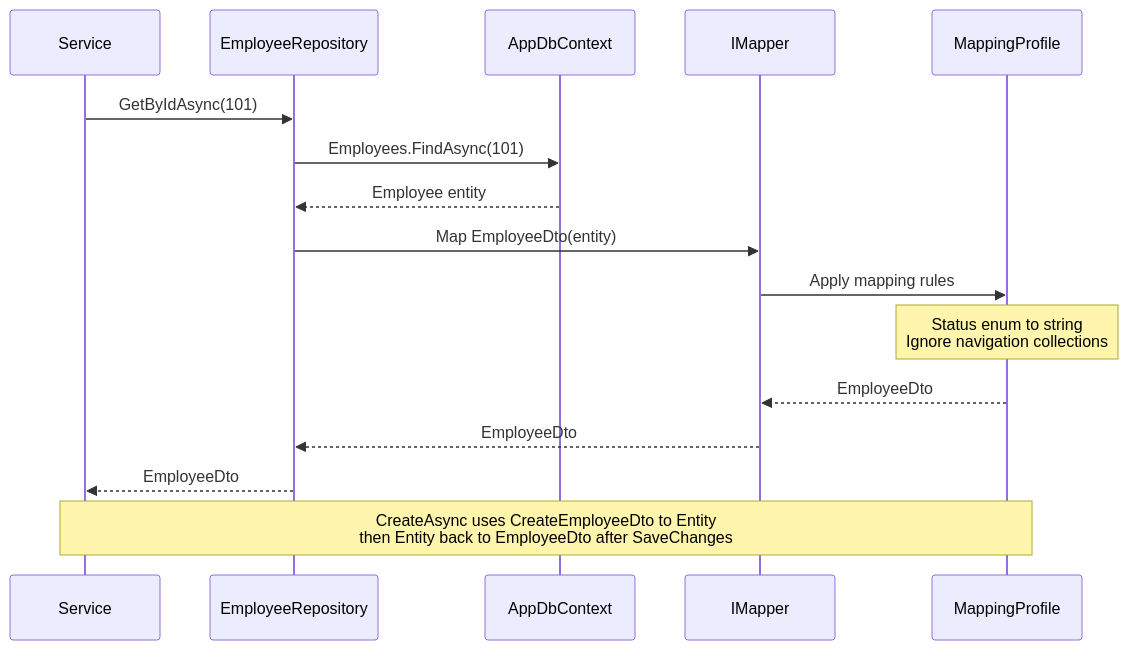
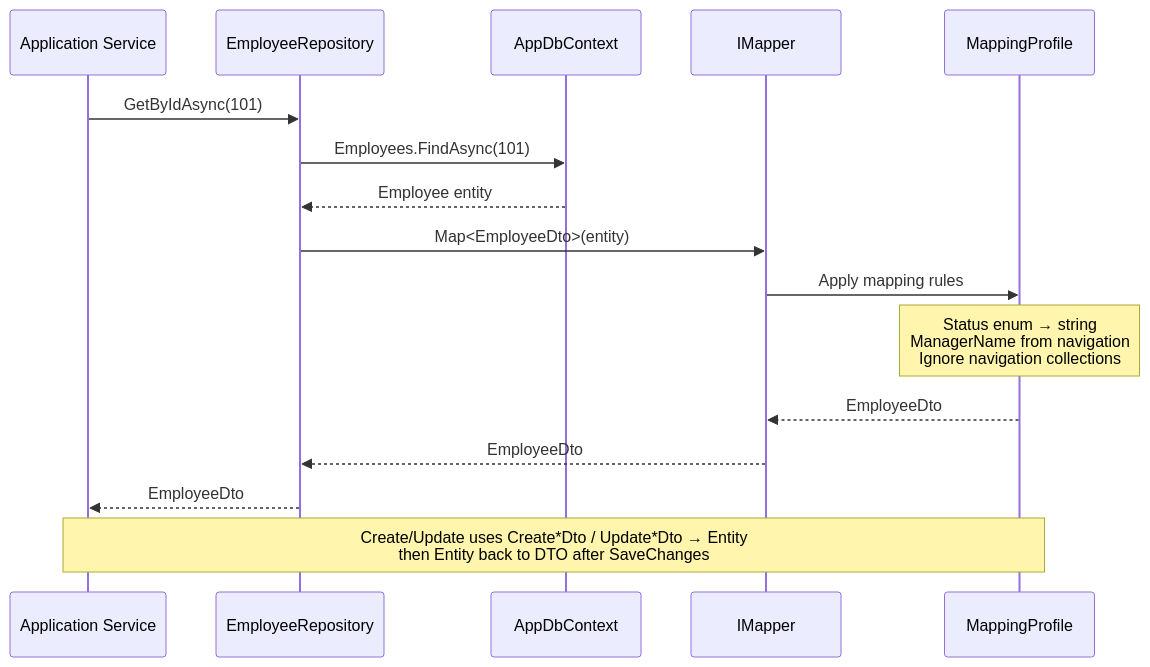
Before and after one commit to HariAdk/PRM: diagram 14 of 14 in docs/Solution/Sequence_Diagram.md, drawn with Mermaid. The commit also changed other lines of this file and 21 other files, not shown here.

Commit message:
Updated diagrams

````diff
--- a/docs/Solution/Sequence_Diagram.md
+++ b/docs/Solution/Sequence_Diagram.md
@@ -498,21 +530,21 @@
 ```mermaid
 sequenceDiagram
-    participant Svc  as Service
+    participant Svc  as Application Service
     participant Repo as EmployeeRepository
     participant EF   as AppDbContext
     participant Map  as IMapper
     participant Prof as MappingProfile
 
     Svc->>Repo: GetByIdAsync(101)
     Repo->>EF: Employees.FindAsync(101)
     EF-->>Repo: Employee entity
 
-    Repo->>Map: Map EmployeeDto(entity)
+    Repo->>Map: Map<EmployeeDto>(entity)
     Map->>Prof: Apply mapping rules
-    Note over Prof: Status enum to string<br/>Ignore navigation collections
+    Note over Prof: Status enum → string<br/>ManagerName from navigation<br/>Ignore navigation collections
     Prof-->>Map: EmployeeDto
     Map-->>Repo: EmployeeDto
     Repo-->>Svc: EmployeeDto
 
-    Note over Svc,Prof: CreateAsync uses CreateEmployeeDto to Entity<br/>then Entity back to EmployeeDto after SaveChanges
+    Note over Svc,Prof: Create/Update uses Create*Dto / Update*Dto → Entity<br/>then Entity back to DTO after SaveChanges
 ```
````
